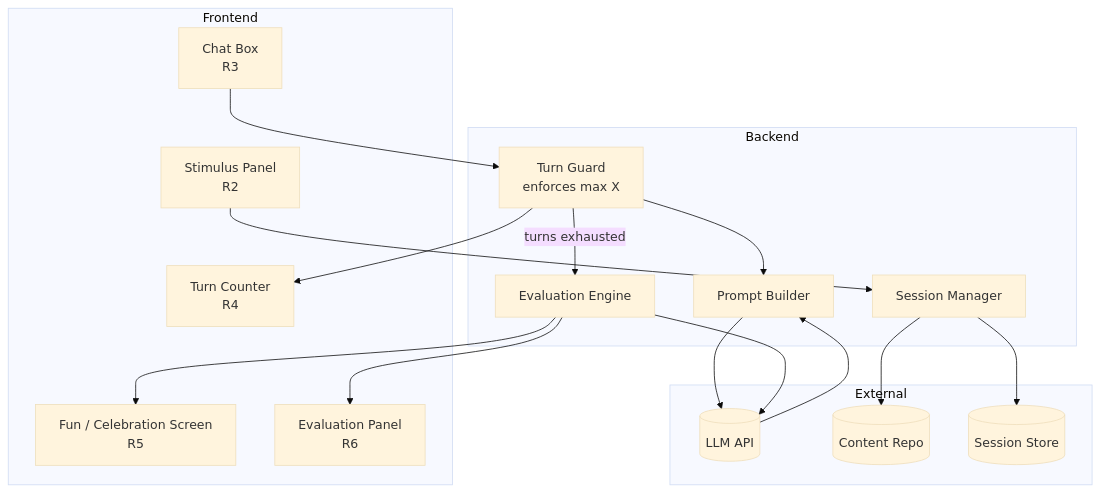
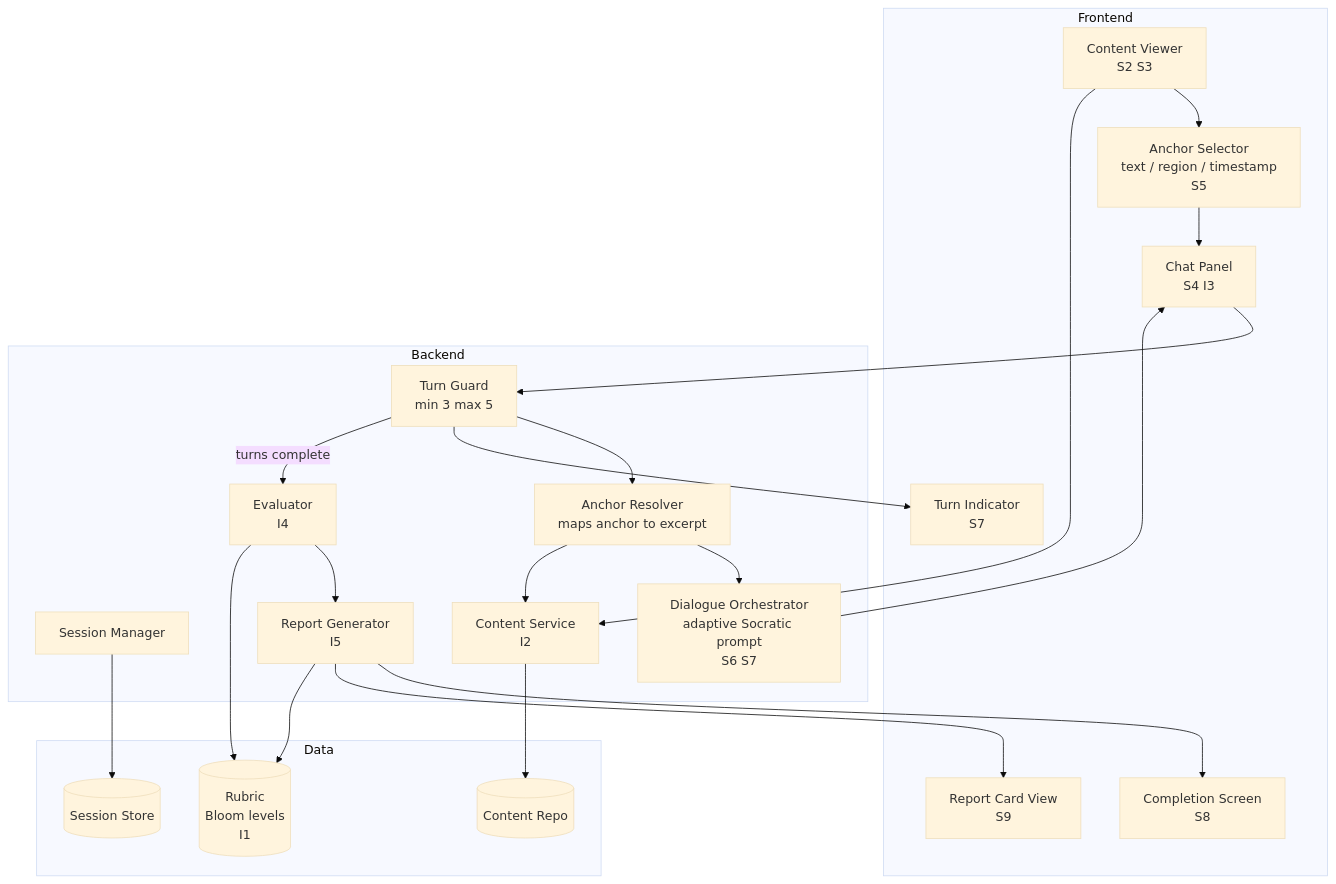
The second of 6 diagrams in ARCHITECTURE.md (christopappas/hackathon_aug_2026_critcal_thinking), drawn with Mermaid (base theme) before and after one commit. The commit also changed other lines of this file, not shown here.

First line of the commit message:
Expand architecture to cover full MVP requirements

````diff
--- a/ARCHITECTURE.md
+++ b/ARCHITECTURE.md
@@ -27,36 +43,46 @@
 ```mermaid
 graph TB
     subgraph Frontend
-        SP[Stimulus Panel<br/>R2]
-        CB[Chat Box<br/>R3]
-        TC[Turn Counter<br/>R4]
-        FS[Fun / Celebration Screen<br/>R5]
-        EV[Evaluation Panel<br/>R6]
+        CV[Content Viewer<br/>S2 S3]
+        AS[Anchor Selector<br/>text / region / timestamp<br/>S5]
+        CP[Chat Panel<br/>S4 I3]
+        TI[Turn Indicator<br/>S7]
+        CS[Completion Screen<br/>S8]
+        RC[Report Card View<br/>S9]
     end
 
     subgraph Backend
         SM[Session Manager]
-        TG[Turn Guard<br/>enforces max X]
-        PB[Prompt Builder]
-        EE[Evaluation Engine]
+        CSvc[Content Service<br/>I2]
+        AR[Anchor Resolver<br/>maps anchor to excerpt]
+        TG[Turn Guard<br/>min 3 max 5]
+        DO[Dialogue Orchestrator<br/>adaptive Socratic prompt<br/>S6 S7]
+        EV[Evaluator<br/>I4]
+        RG[Report Generator<br/>I5]
     end
 
-    subgraph External
-        LLM[(LLM API)]
+    subgraph Data
+        RB[(Rubric<br/>Bloom levels<br/>I1)]
+        DB[(Session Store)]
         CT[(Content Repo)]
-        DB[(Session Store)]
     end
 
-    SP --> SM
-    CB --> TG
-    TG --> PB
-    PB --> LLM
-    LLM --> PB
-    TG --> TC
-    TG -->|turns exhausted| EE
-    EE --> LLM
-    EE --> EV
-    EE --> FS
+    CV --> AS
+    AS --> CP
+    CP --> TG
+    TG --> AR
+    AR --> DO
+    DO --> CP
+    TG --> TI
+    TG -->|turns complete| EV
+    EV --> RG
+    RG --> CS
+    RG --> RC
+
+    CSvc --> CT
+    CV --> CSvc
+    AR --> CSvc
+    EV --> RB
+    RG --> RB
     SM --> DB
-    SM --> CT
 ```
````
